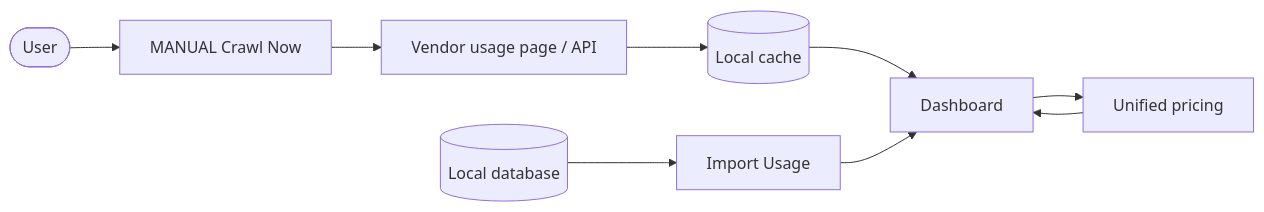
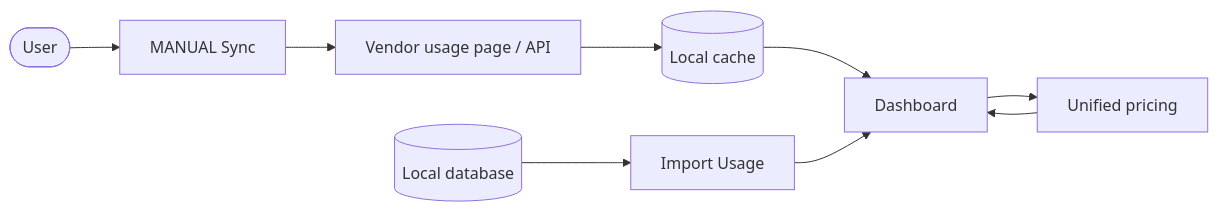
One commit to xhang1108/opencode-usage changed the diagram in README.md. Above: the diagram before and after it, drawn with Mermaid. The commit also changed other lines of this file and 29 other files, not shown here.

````diff
--- a/README.md
+++ b/README.md
@@ -73,11 +73,11 @@
 ```mermaid
 flowchart LR
-    U([User]) --> P[MANUAL Crawl Now]
+    U([User]) --> P[MANUAL Sync]
     P --> S[Vendor usage page / API]
     S --> C[(Local cache)]
     C --> D[Dashboard]
     L[(Local database)] --> J[Import Usage]
     J --> D
     D --> P2[Unified pricing]
     P2 --> D
 ```
````
